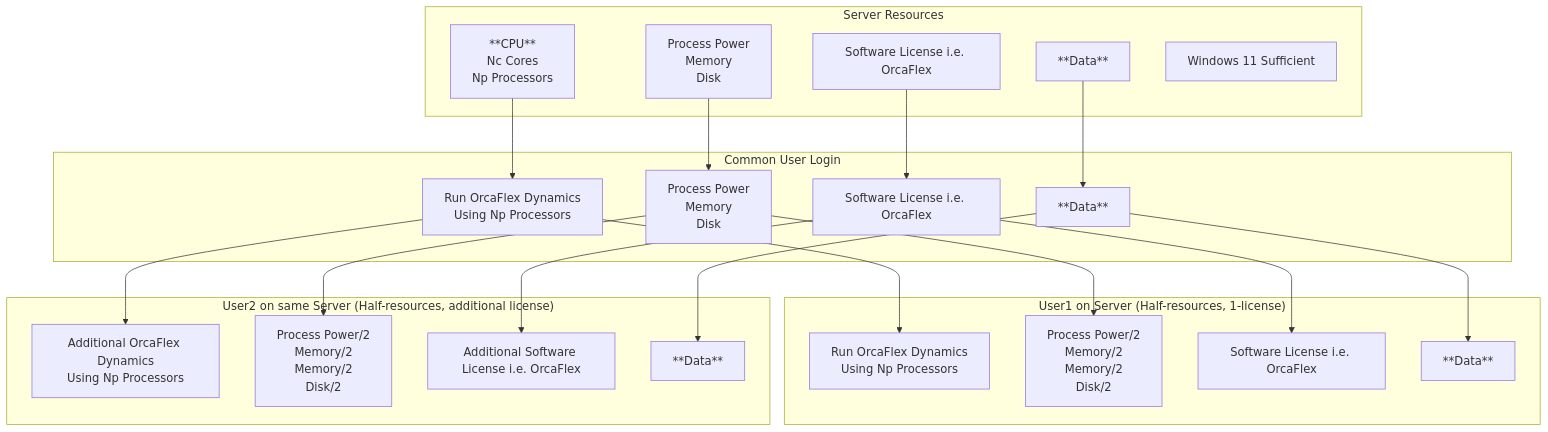
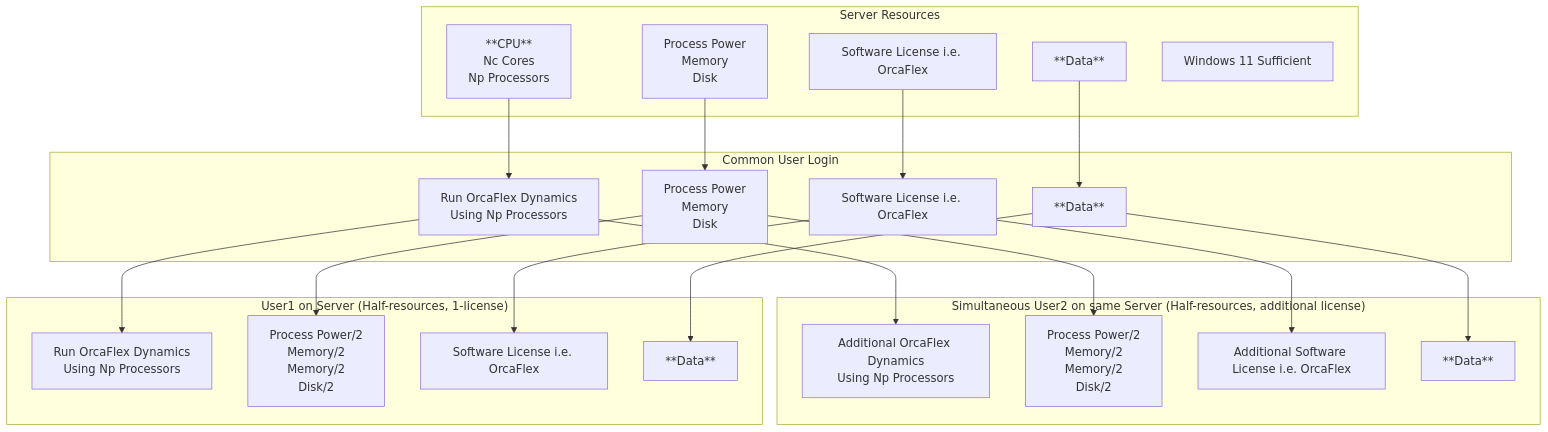
Before and after one commit to vamseeachanta/assetutilities: the diagram in docs/sub_hardware/server_remote_desktop.md, drawn with Mermaid. The commit also changed other lines of this file, not shown here.

````diff
--- a/docs/sub_hardware/server_remote_desktop.md
+++ b/docs/sub_hardware/server_remote_desktop.md
@@ -34,55 +35,56 @@
 ```mermaid
 flowchart TD
     subgraph "Server Resources"
         CPU["**CPU**<br/>Nc Cores<br/>Np Processors"]
         Memory["Process Power <br/>Memory<br/>Disk"]
         Software["Software License i.e. OrcaFlex"]
         Data["**Data**"]
         OS["Windows Server 2022 Required"]
     end
 
     subgraph "Common User Login"
         CPU_user1["Run OrcaFlex Dynamics<br/>Using Np Processors"]
         Memory_user1["Process Power <br/>Memory<br/>Disk"]
         Software_user1["Software License i.e. OrcaFlex"]
         Data_user1["**Data**"]
         OS["Windows 11 Sufficient"]
     end
 
+    subgraph "Simultaneous User2 on same Server (Half-resources, additional license)"
+        CPU_user2_2["Additional OrcaFlex Dynamics<br/>Using Np Processors"]
+        Memory_user2_2["Process Power/2 <br/>Memory/2<br/>Memory/2<br/>Disk/2"]
+        Software_user2_2["Additional Software License i.e. OrcaFlex"]
+        Data_user2_2["**Data**"]
+
+    end
+
     subgraph "User1 on Server (Half-resources, 1-license)"
         CPU_user2_1["Run OrcaFlex Dynamics<br/>Using Np Processors"]
         Memory_user2_1["Process Power/2 <br/>Memory/2<br/>Memory/2<br/>Disk/2"]
         Software_user2_1["Software License i.e. OrcaFlex"]
         Data_user2_1["**Data**"]
 
     end
 
-    subgraph "User2 on same Server (Half-resources, additional license)"
-        CPU_user2_2["Additional OrcaFlex Dynamics<br/>Using Np Processors"]
-        Memory_user2_2["Process Power/2 <br/>Memory/2<br/>Memory/2<br/>Disk/2"]
-        Software_user2_2["Additional Software License i.e. OrcaFlex"]
-        Data_user2_2["**Data**"]
-
-    end
 
     
 
     CPU --> CPU_user1
     Memory --> Memory_user1
     Software --> Software_user1
     Data --> Data_user1
 
     CPU_user1 --> CPU_user2_1
     Memory_user1 --> Memory_user2_1
     Software_user1 --> Software_user2_1
     Data_user1 --> Data_user2_1
 
     CPU_user1 --> CPU_user2_2
     Memory_user1 --> Memory_user2_2
     Software_user1 --> Software_user2_2
     Data_user1 --> Data_user2_2
 
     classDef title fill:#ff6347,stroke:#ff0000,stroke-width:2px
     classDef note fill:#ffffcc,stroke:#666,stroke-width:1px
 
 ```
````
